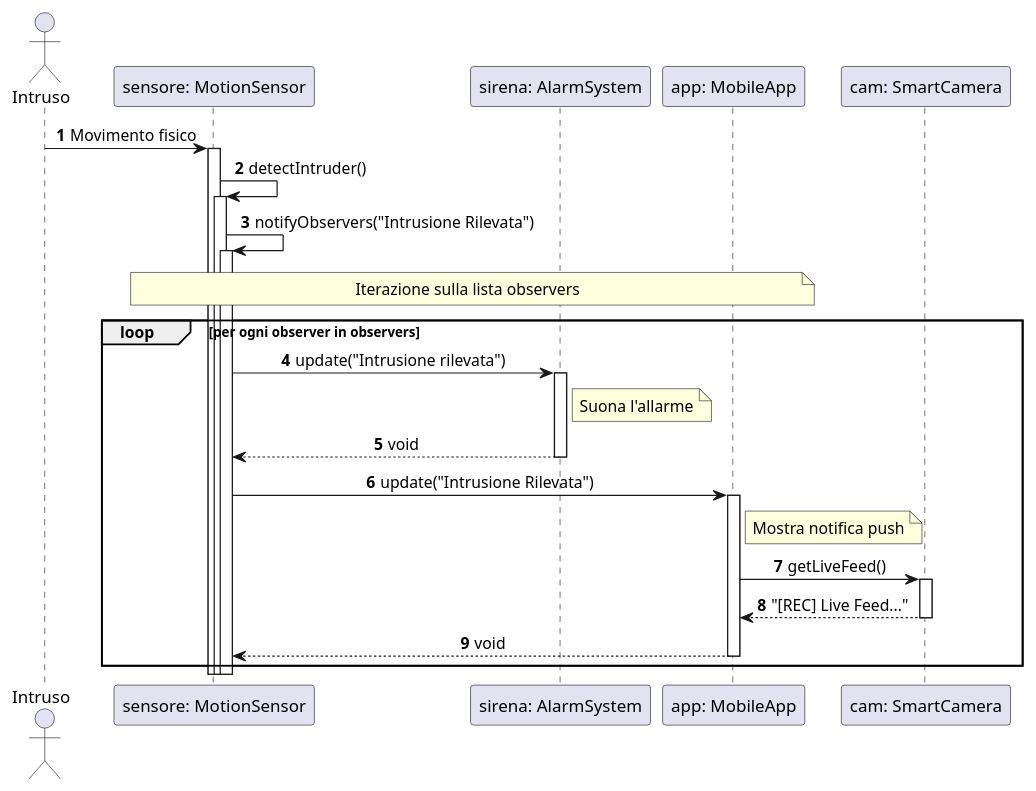
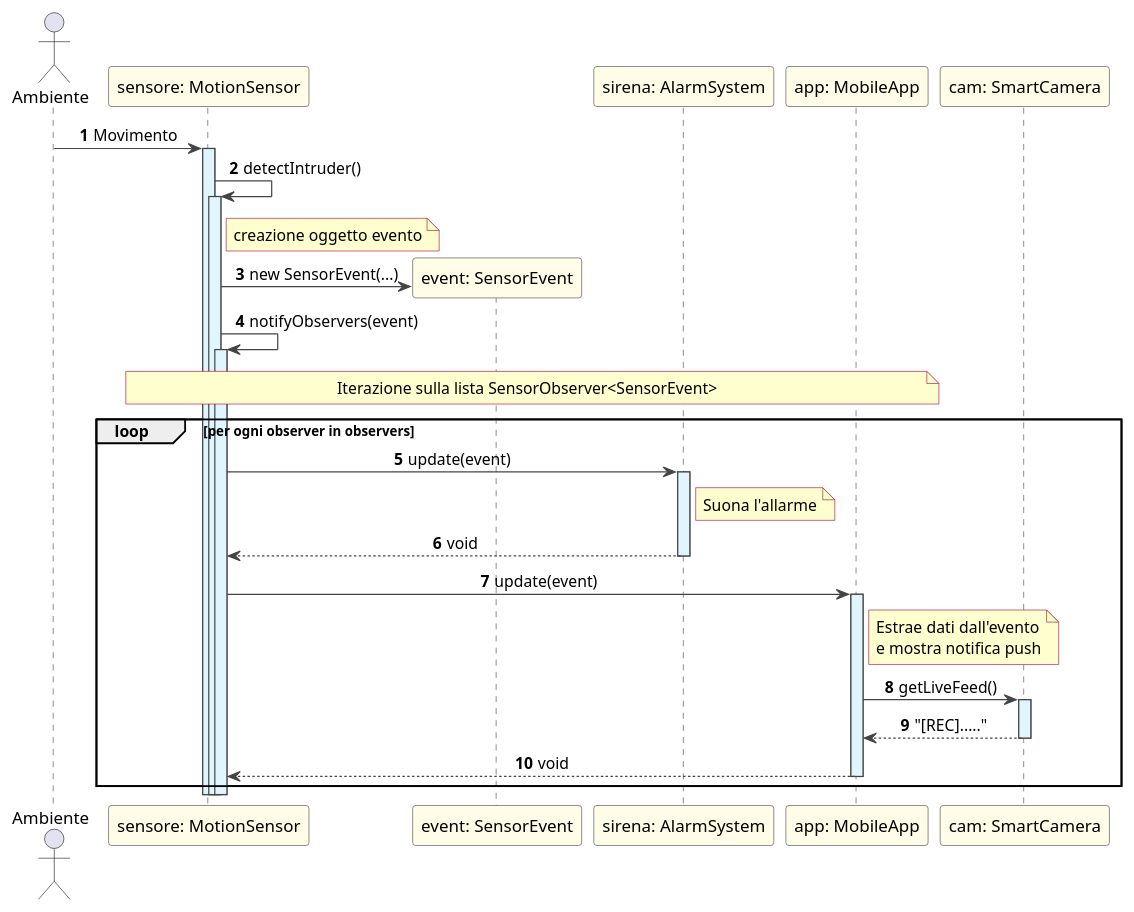
Before and after one commit to AndreaDiPietro0/SmartHomeSWE: the diagram in uml/sequence_observer.puml, drawn with PlantUML. The commit also changed 5 other files, not shown here.

```diff
--- a/uml/sequence_observer.puml
+++ b/uml/sequence_observer.puml
@@ -1,46 +1,60 @@
 @startuml
 autonumber
 skinparam sequenceMessageAlign center
 
-actor "Intruso" as Intruso
+skinparam NoteBackgroundColor #FEFECE
+skinparam NoteBorderColor #A80036
+skinparam sequence {
+    ArrowColor #444444
+    LifeLineBorderColor #444444
+    LifeLineBackgroundColor #E1F5FE
+    ParticipantBorderColor #444444
+    ParticipantBackgroundColor #FFFDE7
+}
+
+actor "Ambiente" as Intruso
 participant "sensore: MotionSensor" as Sensore
+participant "event: SensorEvent" as Evento
 participant "sirena: AlarmSystem" as Sirena
 participant "app: MobileApp" as App
 participant "cam: SmartCamera" as Cam
 
-Intruso -> Sensore : Movimento fisico
+Intruso -> Sensore : Movimento
 activate Sensore
 
 Sensore -> Sensore : detectIntruder()
 activate Sensore
 
-Sensore -> Sensore : notifyObservers("Intrusione Rilevata")
+note right of Sensore : creazione oggetto evento
+Sensore -> Evento ** : new SensorEvent(...)
+
+Sensore -> Sensore : notifyObservers(event)
 activate Sensore
 
-note over Sensore, App : Iterazione sulla lista observers
+note over Sensore, App : Iterazione sulla lista SensorObserver<SensorEvent>
 loop per ogni observer in observers
 
-    Sensore -> Sirena : update("Intrusione rilevata")
+    Sensore -> Sirena : update(event)
     activate Sirena
     note right of Sirena : Suona l'allarme
     Sirena --> Sensore : void
     deactivate Sirena
 
-    Sensore -> App : update("Intrusione Rilevata")
+    Sensore -> App : update(event)
     activate App
-    note right of App : Mostra notifica push
+    note right of App : Estrae dati dall'evento\ne mostra notifica push
 
     App -> Cam : getLiveFeed()
     activate Cam
-    Cam --> App : "[REC] Live Feed..."
+    Cam --> App : "[REC]....."
     deactivate Cam
 
     App --> Sensore : void
     deactivate App
 end
 
 deactivate Sensore
 deactivate Sensore
 deactivate Sensore
 
 @enduml
```
